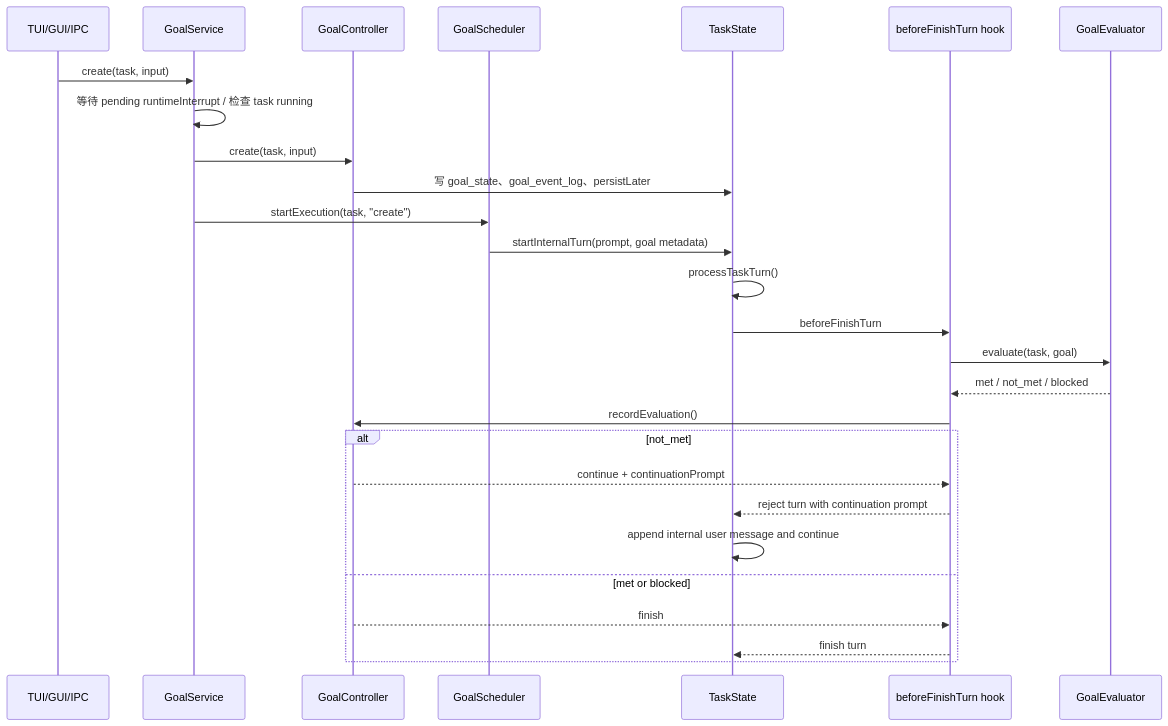
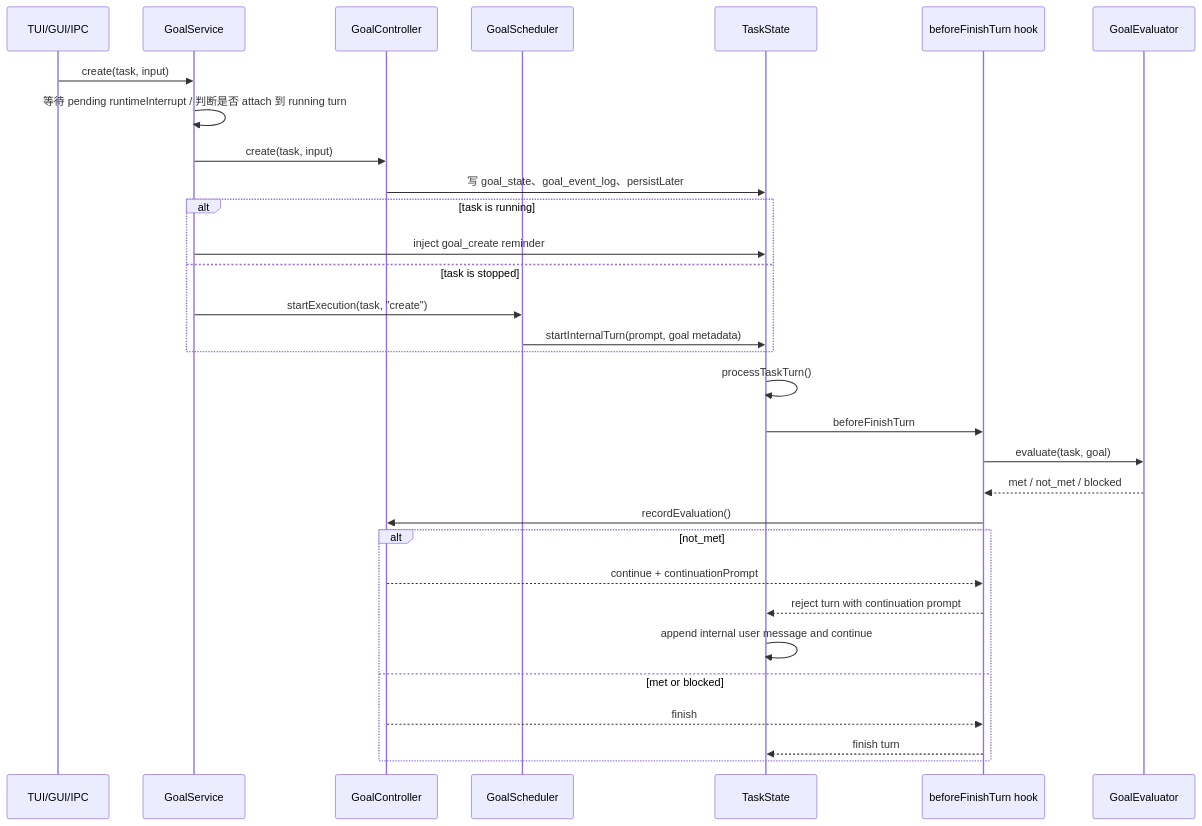
One commit to ChaowuBest/opendesk-web changed the third of 4 diagrams in docs/specifications/goal/architecture-and-interfaces.md. Above: the diagram before and after it, drawn with Mermaid. The commit also changed other lines of this file and 40 other files, not shown here.

Commit message:
refactor: simplify goal summary flow

````diff
--- a/docs/specifications/goal/architecture-and-interfaces.md
+++ b/docs/specifications/goal/architecture-and-interfaces.md
@@ -99,30 +99,34 @@
 ```mermaid
 sequenceDiagram
     participant UI as TUI/GUI/IPC
     participant Service as GoalService
     participant Controller as GoalController
     participant Scheduler as GoalScheduler
     participant Task as TaskState
     participant Hook as beforeFinishTurn hook
     participant Eval as GoalEvaluator
 
     UI->>Service: create(task, input)
-    Service->>Service: 等待 pending runtimeInterrupt / 检查 task running
+    Service->>Service: 等待 pending runtimeInterrupt / 判断是否 attach 到 running turn
     Service->>Controller: create(task, input)
     Controller->>Task: 写 goal_state、goal_event_log、persistLater
-    Service->>Scheduler: startExecution(task, "create")
-    Scheduler->>Task: startInternalTurn(prompt, goal metadata)
+    alt task is running
+        Service->>Task: inject goal_create reminder
+    else task is stopped
+        Service->>Scheduler: startExecution(task, "create")
+        Scheduler->>Task: startInternalTurn(prompt, goal metadata)
+    end
     Task->>Task: processTaskTurn()
     Task->>Hook: beforeFinishTurn
     Hook->>Eval: evaluate(task, goal)
     Eval-->>Hook: met / not_met / blocked
     Hook->>Controller: recordEvaluation()
     alt not_met
         Controller-->>Hook: continue + continuationPrompt
         Hook-->>Task: reject turn with continuation prompt
         Task->>Task: append internal user message and continue
     else met or blocked
         Controller-->>Hook: finish
         Hook-->>Task: finish turn
     end
 ```
````
